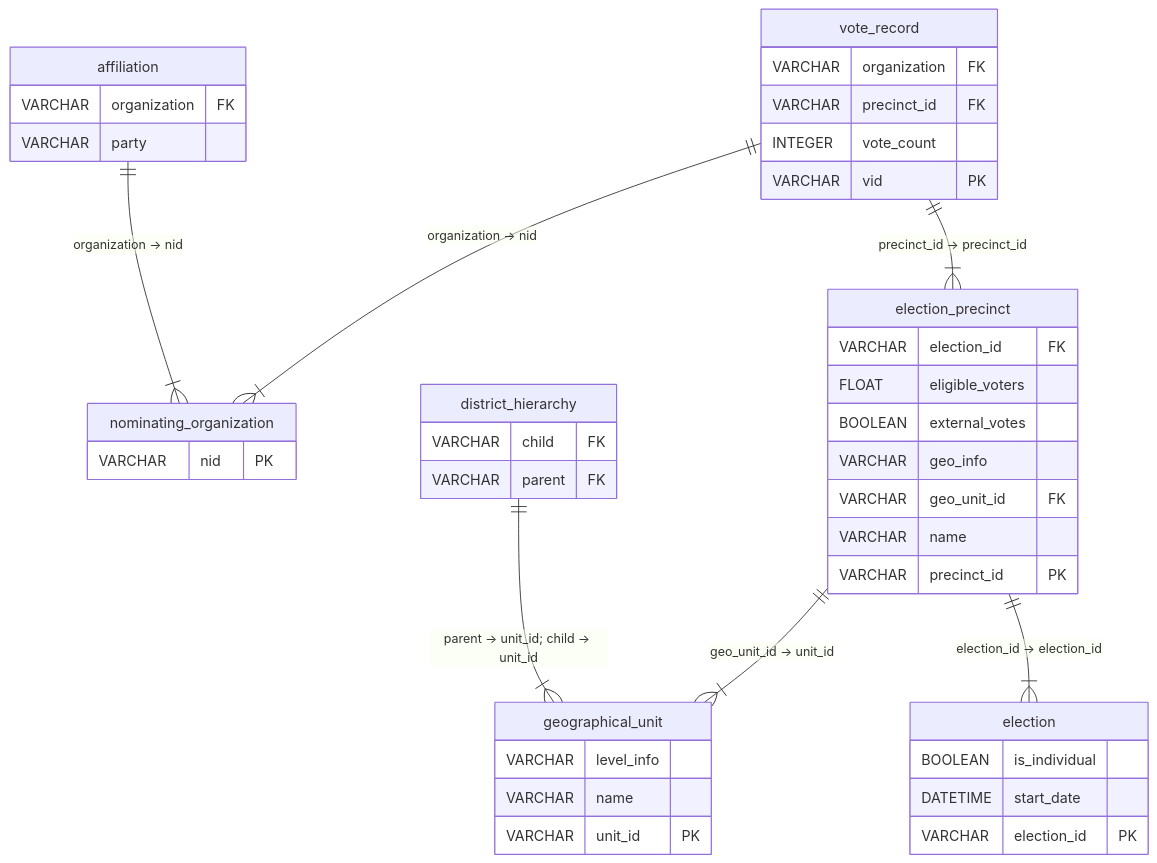
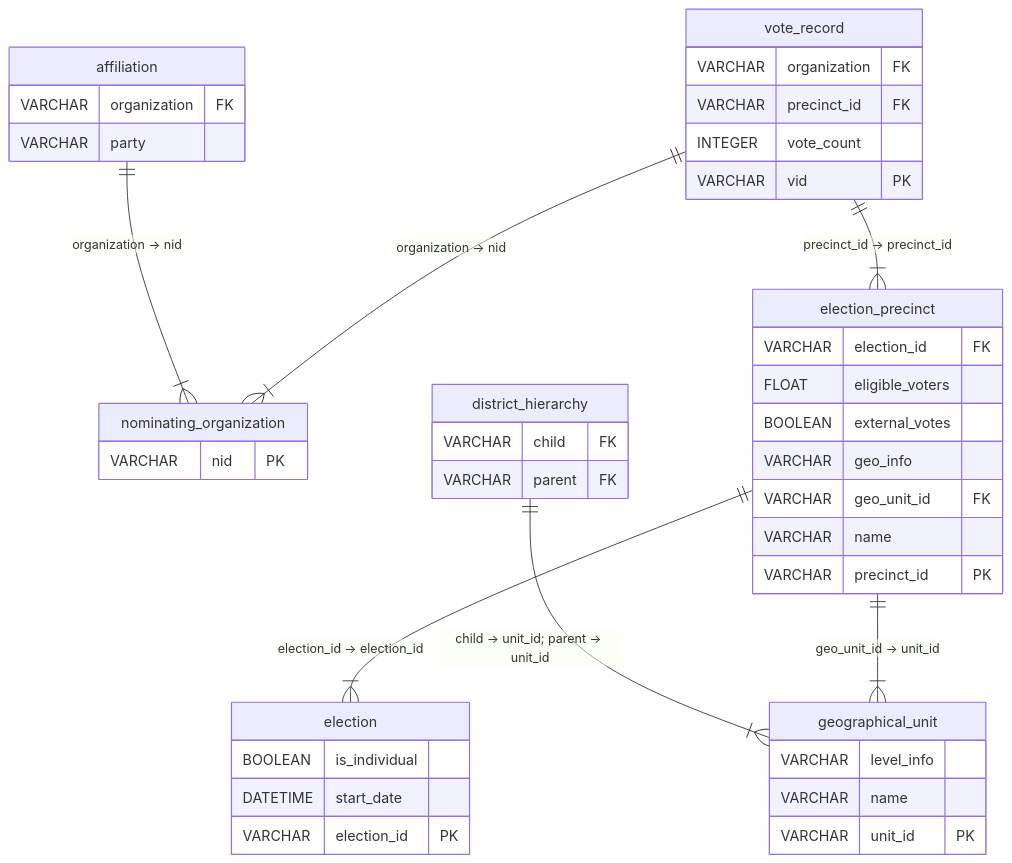
One commit to papsebestyen/explorer changed the diagram in _sources/dataset-pages/hungarian_elections.md. Above: the diagram before and after it, drawn with Mermaid. The commit also changed other lines of this file and 24 other files, not shown here.

````diff
--- a/_sources/dataset-pages/hungarian_elections.md
+++ b/_sources/dataset-pages/hungarian_elections.md
@@ -22,45 +22,45 @@
 ```{mermaid}
 erDiagram
   affiliation {    
     VARCHAR organization FK     
     VARCHAR party  
   }
   nominating_organization {    
     VARCHAR nid PK 
   }
   district_hierarchy {    
     VARCHAR child FK     
     VARCHAR parent FK 
   }
   geographical_unit {    
     VARCHAR level_info      
     VARCHAR name      
     VARCHAR unit_id PK 
   }
   election {    
     BOOLEAN is_individual      
     DATETIME start_date      
     VARCHAR election_id PK 
   }
   election_precinct {    
     VARCHAR election_id FK     
     FLOAT eligible_voters      
     BOOLEAN external_votes      
     VARCHAR geo_info      
     VARCHAR geo_unit_id FK     
     VARCHAR name      
     VARCHAR precinct_id PK 
   }
   vote_record {    
     VARCHAR organization FK     
     VARCHAR precinct_id FK     
     INTEGER vote_count      
     VARCHAR vid PK 
   }
   affiliation ||--|{ nominating_organization : "organization -> nid"
-  district_hierarchy ||--|{ geographical_unit : "parent -> unit_id; child -> unit_id"
+  district_hierarchy ||--|{ geographical_unit : "child -> unit_id; parent -> unit_id"
+  election_precinct ||--|{ election : "election_id -> election_id"
   election_precinct ||--|{ geographical_unit : "geo_unit_id -> unit_id"
-  election_precinct ||--|{ election : "election_id -> election_id"
+  vote_record ||--|{ nominating_organization : "organization -> nid"
   vote_record ||--|{ election_precinct : "precinct_id -> precinct_id"
-  vote_record ||--|{ nominating_organization : "organization -> nid"
 ```
````
